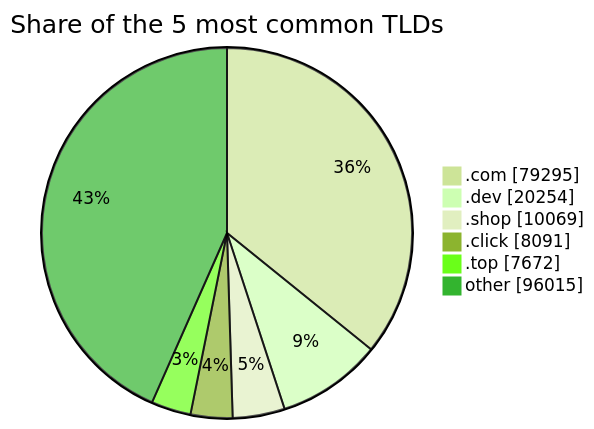
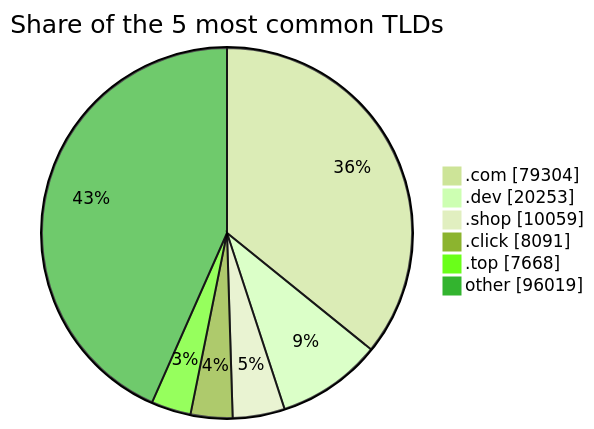
One commit to DNSBunker/CTI changed the third of 3 diagrams in README.md. Above: the diagram before and after it, drawn with Mermaid (forest theme). The commit also changed other lines of this file and 3 other files, not shown here.

````diff
--- a/README.md
+++ b/README.md
@@ -81,9 +81,9 @@
 ```mermaid
 pie showData title Share of the 5 most common TLDs
-    ".com" : 79295
-    ".dev" : 20254
-    ".shop" : 10069
+    ".com" : 79304
+    ".dev" : 20253
+    ".shop" : 10059
     ".click" : 8091
-    ".top" : 7672
-    "other" : 96015
+    ".top" : 7668
+    "other" : 96019
 ```
````
